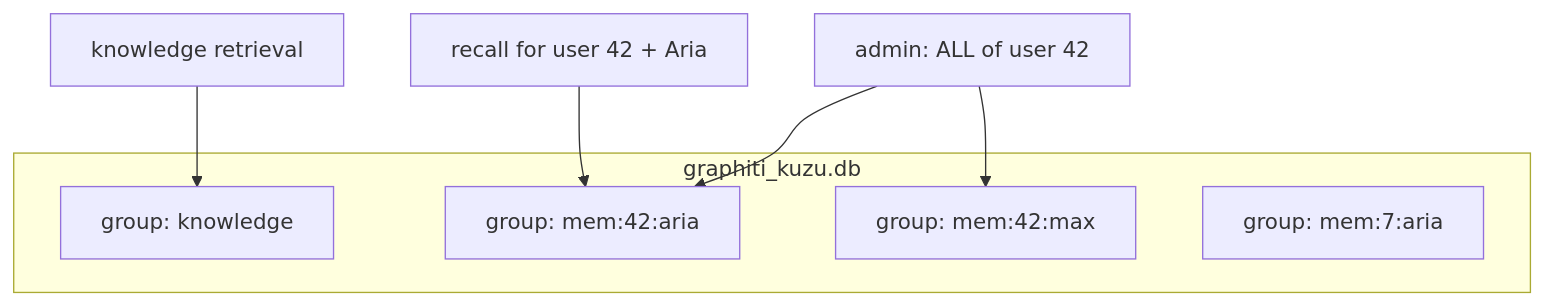
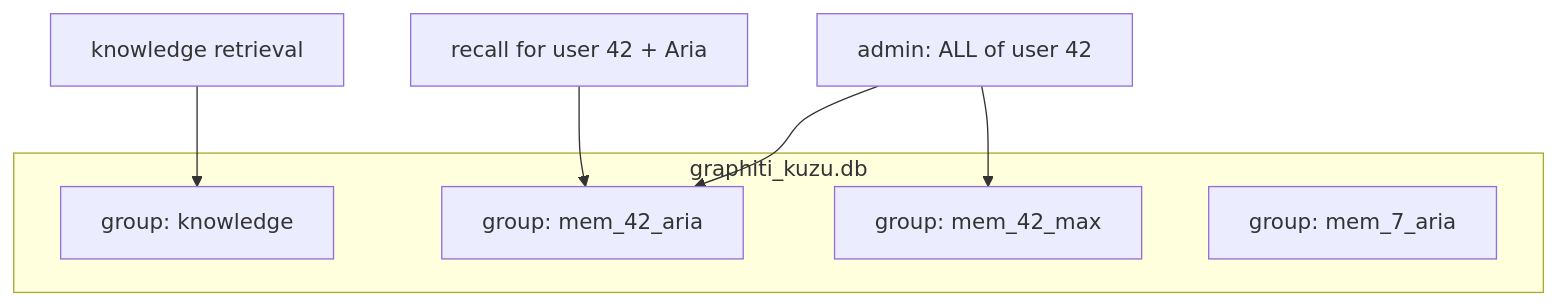
Before and after one commit to hiro-league/hiroleague: the fifth of 11 diagrams in docs/memory-graphiti-replacement-design.md, drawn with Mermaid. The commit also changed other lines of this file and 117 other files, not shown here.

Commit message:
graphiti settling in

````diff
--- a/docs/memory-graphiti-replacement-design.md
+++ b/docs/memory-graphiti-replacement-design.md
@@ -234,13 +242,13 @@
 ```mermaid
 flowchart TB
     subgraph STORE["graphiti_kuzu.db"]
         K["group: knowledge"]
-        M1["group: mem:42:aria"]
-        M2["group: mem:42:max"]
-        M3["group: mem:7:aria"]
+        M1["group: mem_42_aria"]
+        M2["group: mem_42_max"]
+        M3["group: mem_7_aria"]
     end
     R1["recall for user 42 + Aria"] --> M1
     R2["admin: ALL of user 42"] --> M1
     R2 --> M2
     R3["knowledge retrieval"] --> K
 ```
````
